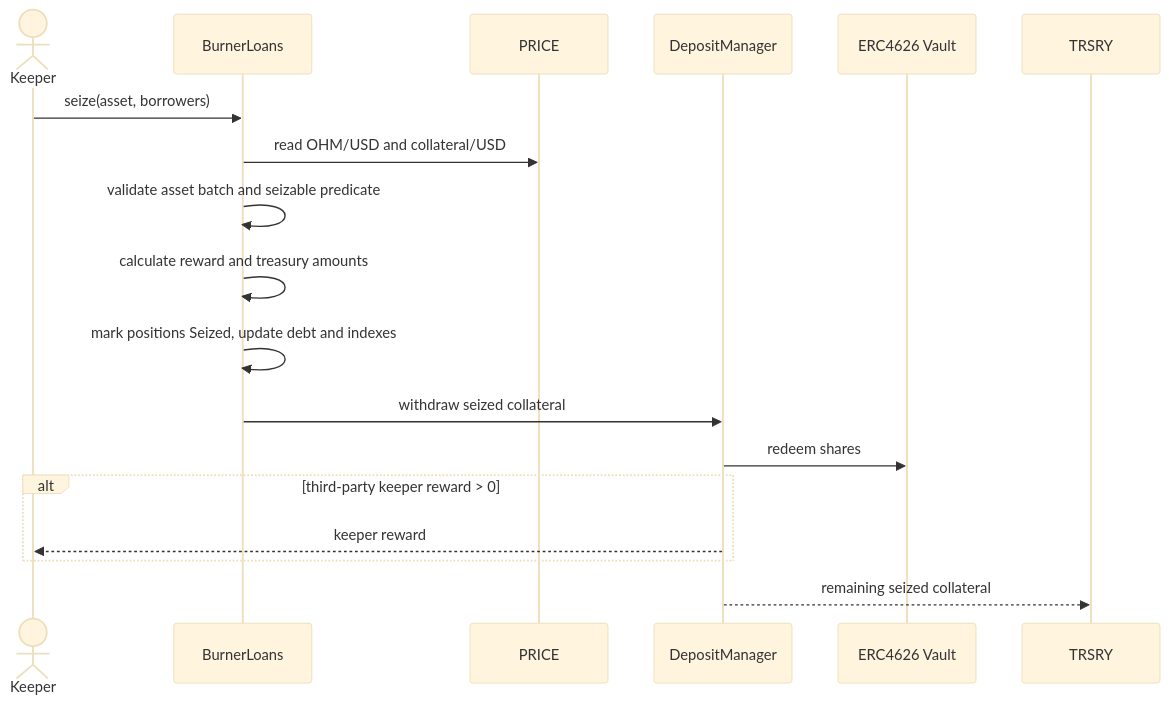
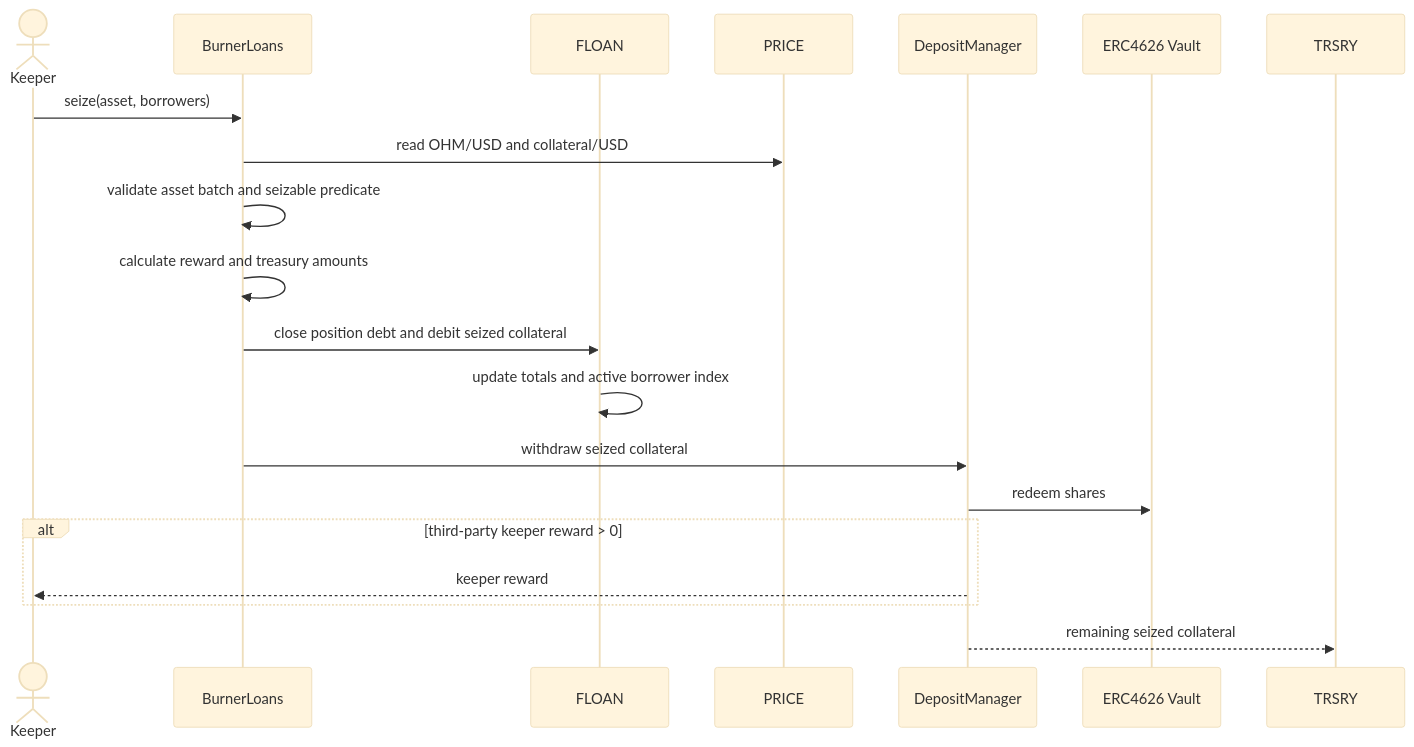
The sixth of 7 diagrams in documentation/burner_loans.md (OlympusDAO/olympus-v3), drawn with Mermaid (base theme) before and after one commit. The commit also changed other lines of this file and 64 other files, not shown here.

Commit message:
refactor(burner-loans)!: adopt facility-scoped fixed-term markets

````diff
--- a/documentation/burner_loans.md
+++ b/documentation/burner_loans.md
@@ -156,21 +180,23 @@
 ```mermaid
 sequenceDiagram
     actor Keeper
     participant BurnerLoans
+    participant FLOAN
     participant PRICE
     participant DepositManager
     participant Vault as ERC4626 Vault
     participant TRSRY
 
     Keeper->>BurnerLoans: seize(asset, borrowers)
     BurnerLoans->>PRICE: read OHM/USD and collateral/USD
     BurnerLoans->>BurnerLoans: validate asset batch and seizable predicate
     BurnerLoans->>BurnerLoans: calculate reward and treasury amounts
-    BurnerLoans->>BurnerLoans: mark positions Seized, update debt and indexes
+    BurnerLoans->>FLOAN: close position debt and debit seized collateral
+    FLOAN->>FLOAN: update totals and active borrower index
     BurnerLoans->>DepositManager: withdraw seized collateral
     DepositManager->>Vault: redeem shares
     alt third-party keeper reward > 0
         DepositManager-->>Keeper: keeper reward
     end
     DepositManager-->>TRSRY: remaining seized collateral
 ```
````
